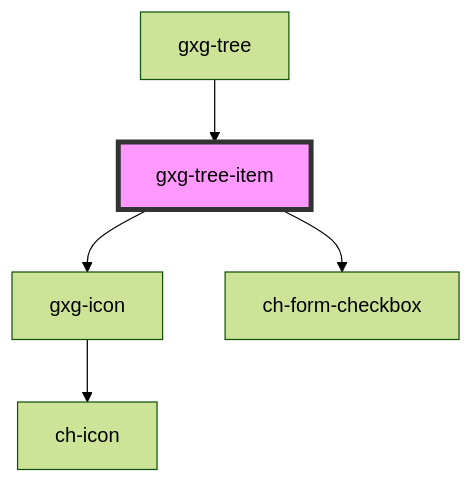
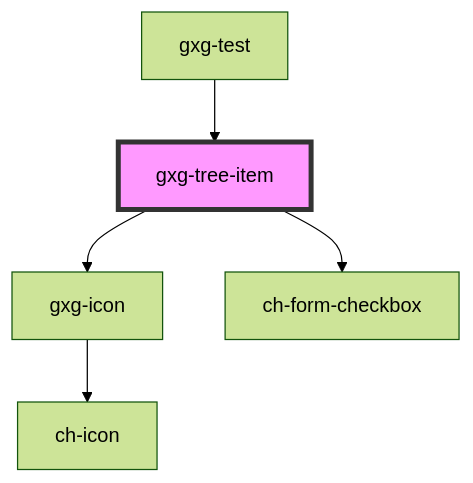
Before and after one commit to genexuslabs/gemini: the diagram in src/components/tree-item/readme.md, drawn with Mermaid (forest theme). The commit also changed other lines of this file and 20 other files, not shown here.

````diff
--- a/src/components/tree-item/readme.md
+++ b/src/components/tree-item/readme.md
@@ -67,8 +55,8 @@
 ```mermaid
 graph TD;
   gxg-tree-item --> gxg-icon
   gxg-tree-item --> ch-form-checkbox
   gxg-icon --> ch-icon
-  gxg-tree --> gxg-tree-item
+  gxg-test --> gxg-tree-item
   style gxg-tree-item fill:#f9f,stroke:#333,stroke-width:4px
 ```
````
